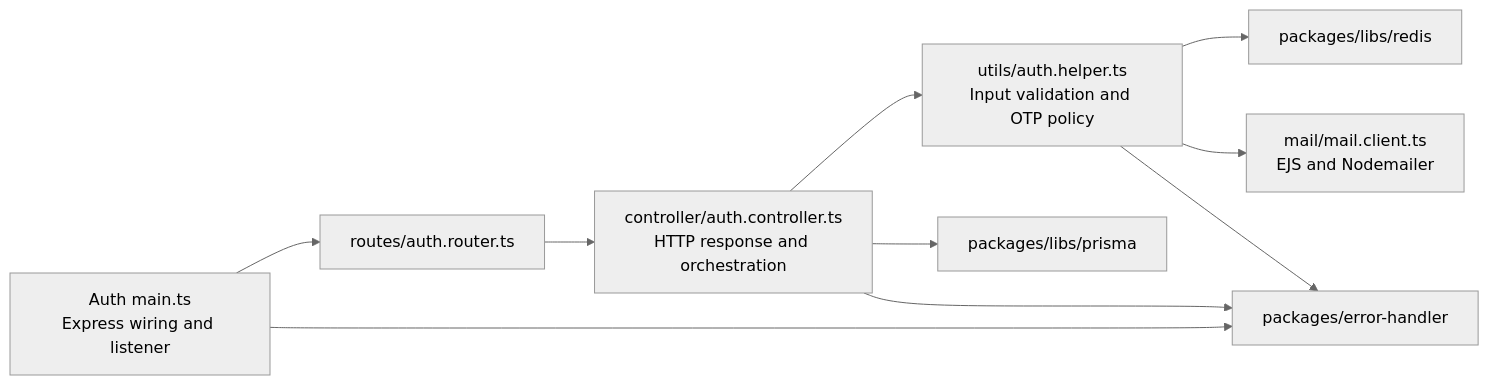
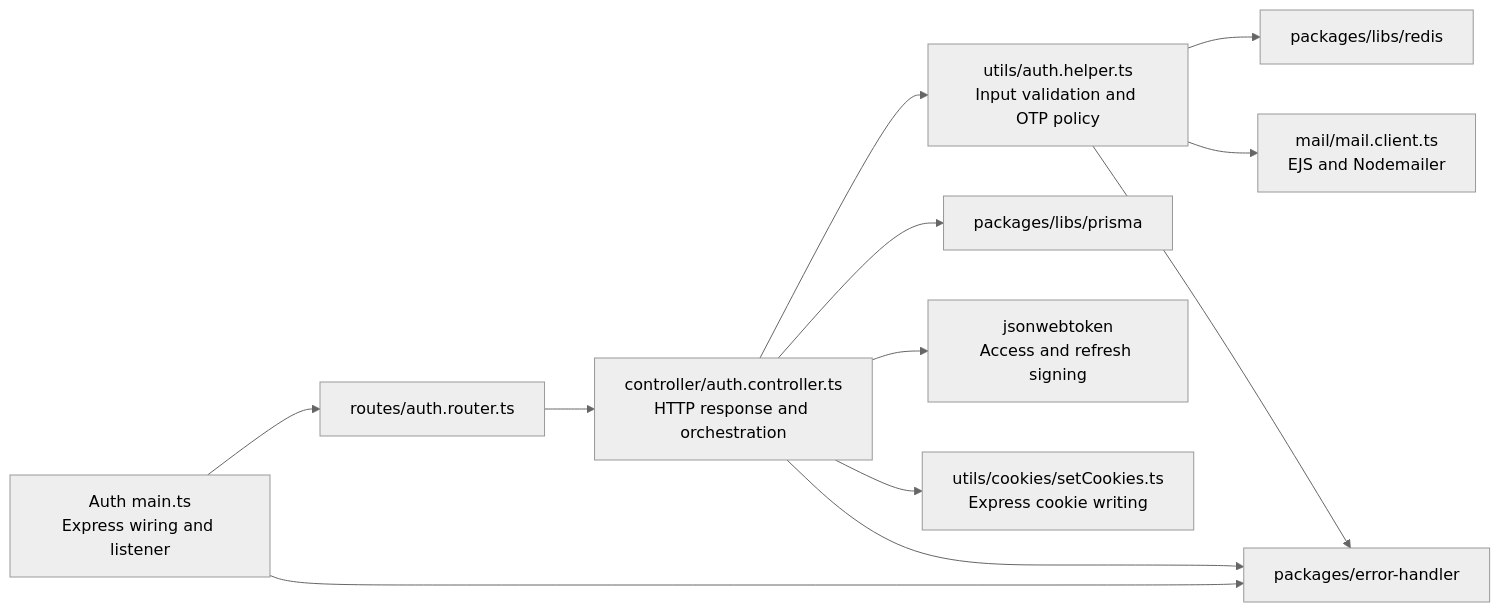
The diagram in docs/architecture/technical-design.md (Kruskal892/Microservice-SaaS-E-commerce), drawn with Mermaid (neutral theme) before and after one commit. The commit also changed other lines of this file and 32 other files, not shown here.

Commit message:
# feat(auth): add login JWT cookies and correct Swagger generation

````diff
--- a/docs/architecture/technical-design.md
+++ b/docs/architecture/technical-design.md
@@ -10,12 +10,14 @@
 ```mermaid
 flowchart LR
     Main["Auth main.ts<br/>Express wiring and listener"] --> Router["routes/auth.router.ts"]
     Router --> Controller["controller/auth.controller.ts<br/>HTTP response and orchestration"]
     Controller --> Validation["utils/auth.helper.ts<br/>Input validation and OTP policy"]
     Controller --> Prisma["packages/libs/prisma"]
+    Controller --> JWT["jsonwebtoken<br/>Access and refresh signing"]
+    Controller --> Cookies["utils/cookies/setCookies.ts<br/>Express cookie writing"]
     Validation --> Redis["packages/libs/redis"]
     Validation --> Mail["mail/mail.client.ts<br/>EJS and Nodemailer"]
     Main --> Errors["packages/error-handler"]
     Controller --> Errors
     Validation --> Errors
 ```
````
